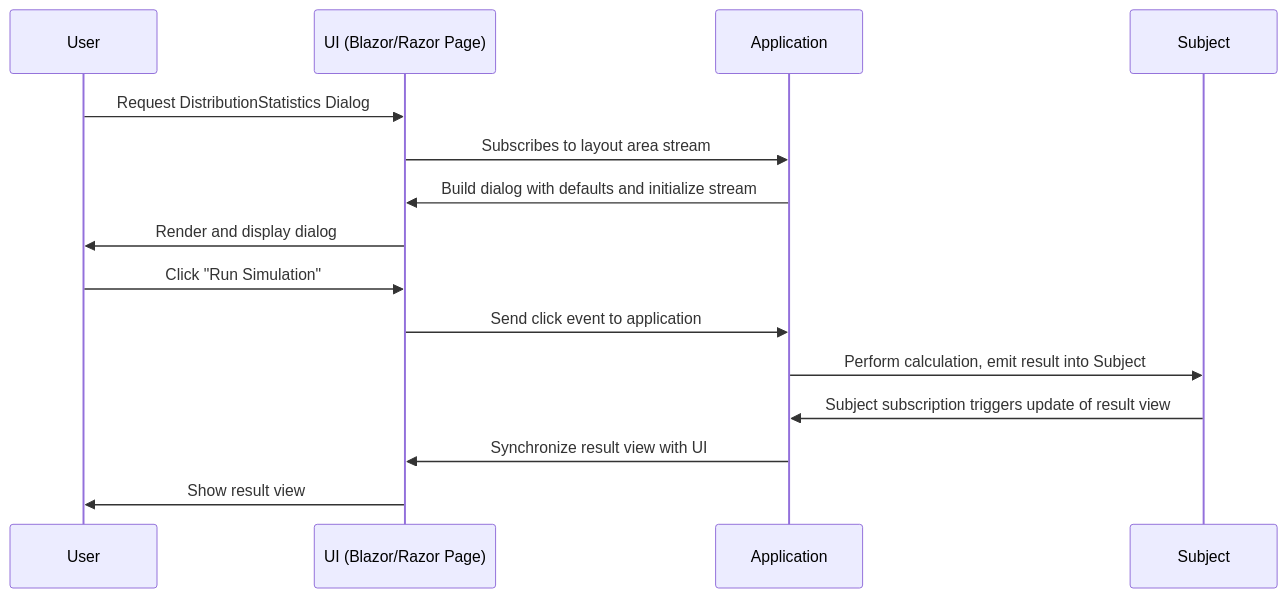
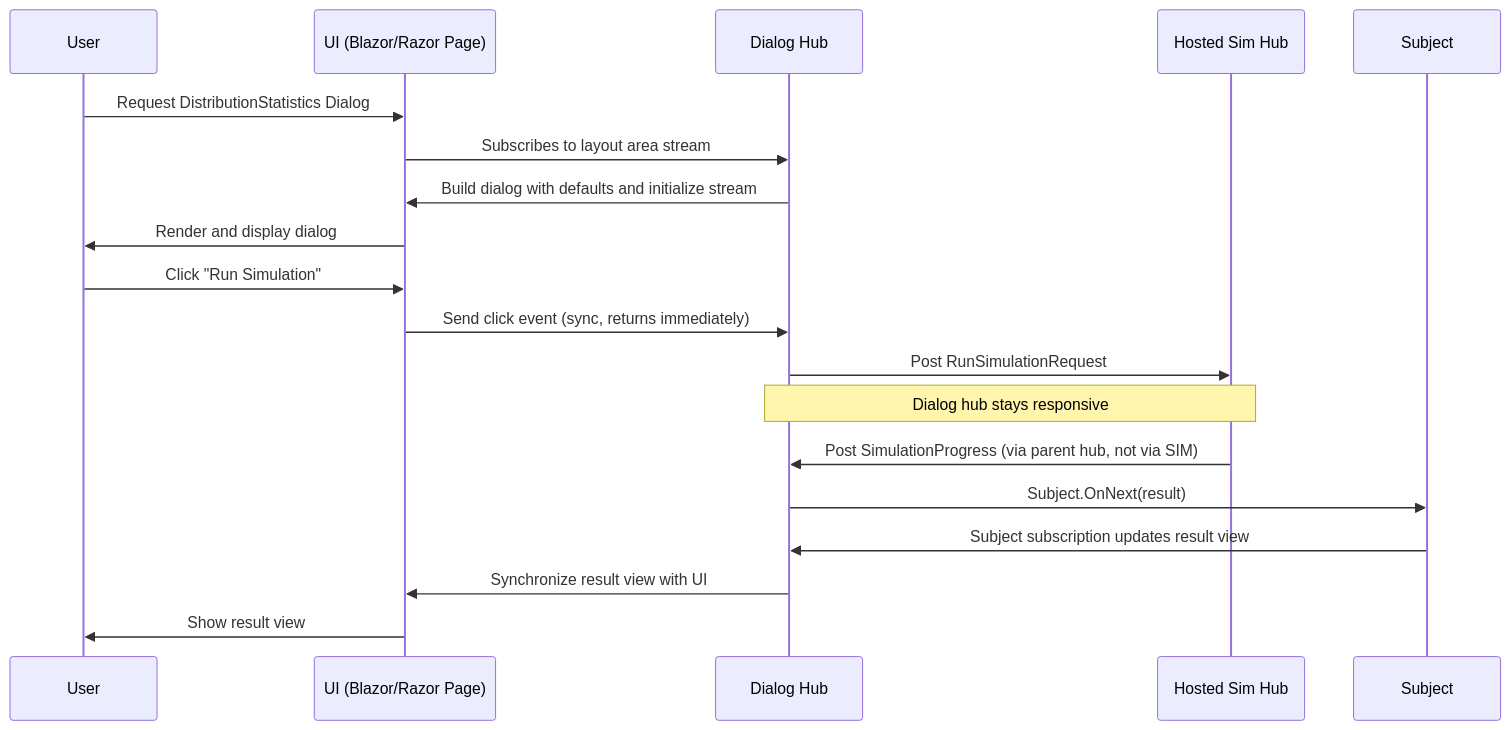
The diagram in src/MeshWeaver.Documentation/Data/GUI/ReactiveDialogs.md (Systemorph/MeshWeaver), drawn with Mermaid before and after one commit. The commit also changed other lines of this file, not shown here.

First line of the commit message:
docs(gui): show hosted-hub pattern in ReactiveDialogs example

````diff
--- a/src/MeshWeaver.Documentation/Data/GUI/ReactiveDialogs.md
+++ b/src/MeshWeaver.Documentation/Data/GUI/ReactiveDialogs.md
@@ -150,18 +187,22 @@
 ```mermaid
 sequenceDiagram
     participant U as User
     participant UI as UI (Blazor/Razor Page)
-    participant APP as Application
+    participant APP as Dialog Hub
+    participant SIM as Hosted Sim Hub
     participant S as Subject
 
     U->>UI: Request DistributionStatistics Dialog
     UI->>APP: Subscribes to layout area stream
     APP->>UI: Build dialog with defaults and initialize stream
     UI->>U: Render and display dialog
     U->>UI: Click "Run Simulation"
-    UI->>APP: Send click event to application
-    APP->>S: Perform calculation, emit result into Subject
-    S->>APP: Subject subscription triggers update of result view
+    UI->>APP: Send click event (sync, returns immediately)
+    APP->>SIM: Post RunSimulationRequest
+    Note over APP,SIM: Dialog hub stays responsive
+    SIM->>APP: Post SimulationProgress (via parent hub, not via SIM)
+    APP->>S: Subject.OnNext(result)
+    S->>APP: Subject subscription updates result view
     APP->>UI: Synchronize result view with UI
     UI->>U: Show result view
 ```
````
